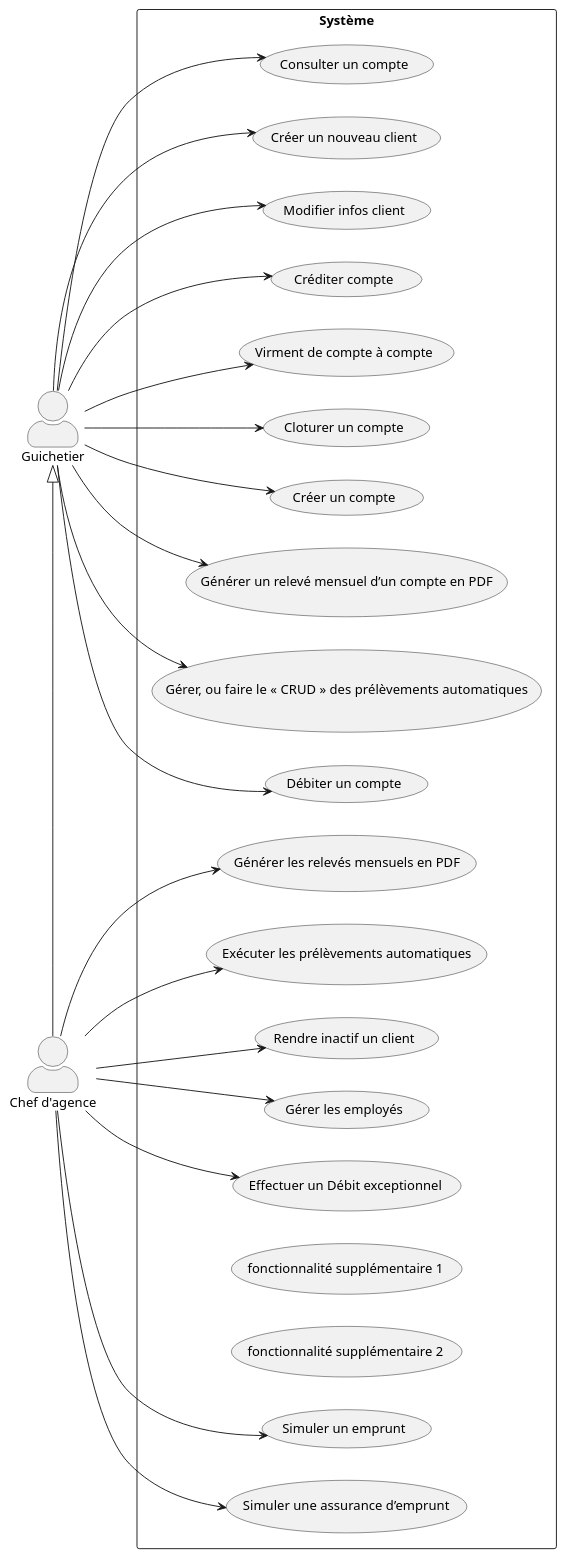
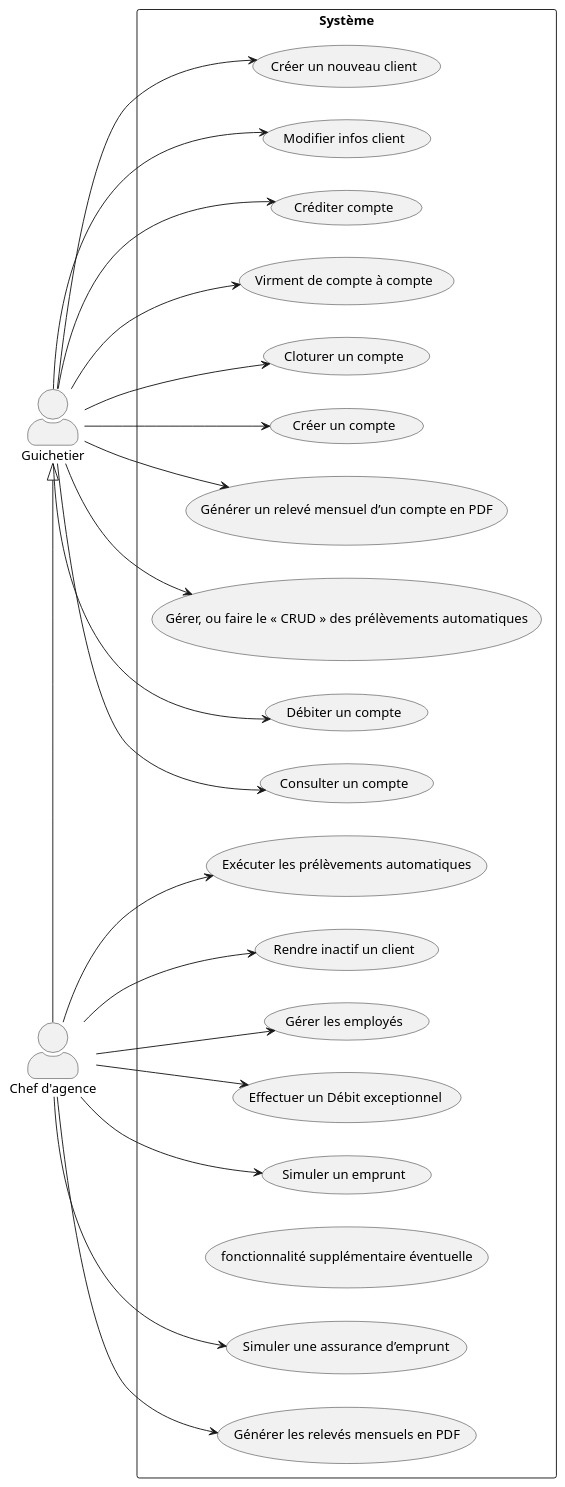
Before and after one commit to IUT-Blagnac/sae2022-bank-1b03: the diagram in Documentation/Documentation - Version 3/plantuml/use-case-v3.plantuml, drawn with PlantUML.

```diff
--- a/Documentation/Documentation - Version 3/plantuml/use-case-v3.plantuml
+++ b/Documentation/Documentation - Version 3/plantuml/use-case-v3.plantuml
@@ -1,57 +1,56 @@
 @startuml use-case
 
 skinparam actorStyle awesome
 :Chef d'agence:
 :Guichetier:
 rectangle Système {
     (Rendre inactif un client)
     (Gérer les employés)
     (Débiter un compte)
     (Consulter un compte)
     (Créer un nouveau client)
     (Modifier infos client)
     (Créditer compte)
     (Virment de compte à compte)
     (Cloturer un compte)
     (Créer un compte)
 
     (Générer un relevé mensuel d’un compte en PDF)
     (Gérer, ou faire le « CRUD » des prélèvements automatiques)
     (Effectuer un Débit exceptionnel)
     (Simuler un emprunt)
     (Simuler une assurance d’emprunt)
 
-    (fonctionnalité supplémentaire 1)
-    (fonctionnalité supplémentaire 2)
+    (fonctionnalité supplémentaire éventuelle)
     (Générer les relevés mensuels en PDF)
     (Exécuter les prélèvements automatiques)
 }
 
 
 (Guichetier) <|-right- (Chef d'agence)
 
 left to right direction
 :Chef d'agence: --> (Rendre inactif un client)
 :Chef d'agence: --> (Gérer les employés)
 :Chef d'agence: --> (Effectuer un Débit exceptionnel)
 :Chef d'agence: --> (Simuler un emprunt)
 :Chef d'agence: --> (Simuler une assurance d’emprunt)
 
 :Chef d'agence: --> (Générer les relevés mensuels en PDF)
 :Chef d'agence: --> (Exécuter les prélèvements automatiques)
 
 
 (Guichetier) --> (Débiter un compte) 
 (Guichetier) --> (Consulter un compte) 
 (Guichetier) --> (Créer un nouveau client) 
 (Guichetier) --> (Modifier infos client) 
 (Guichetier) --> (Créditer compte) 
 (Guichetier) --> (Virment de compte à compte) 
 (Guichetier) --> (Cloturer un compte) 
 (Guichetier) --> (Créer un compte)
 
 (Guichetier) --> (Générer un relevé mensuel d’un compte en PDF)
 (Guichetier) --> (Gérer, ou faire le « CRUD » des prélèvements automatiques)
 
 
 @enduml
```
